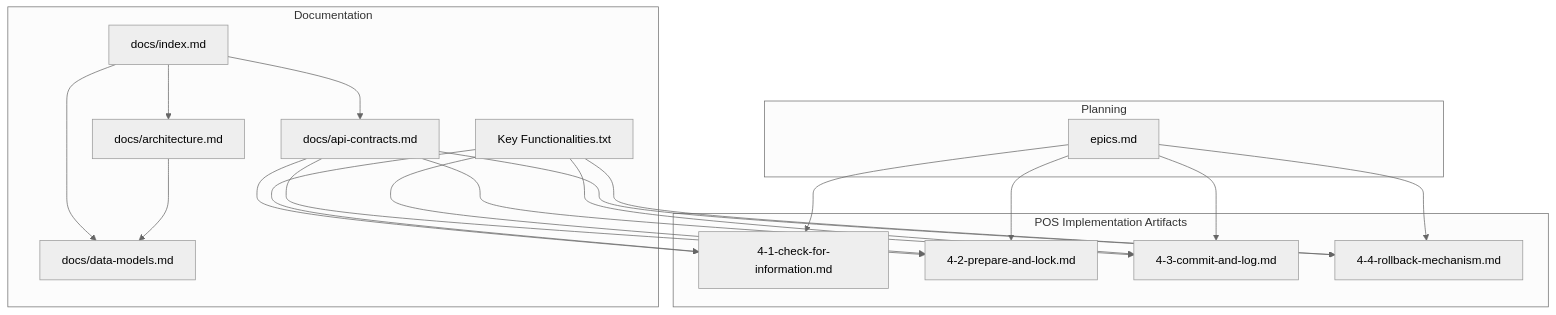
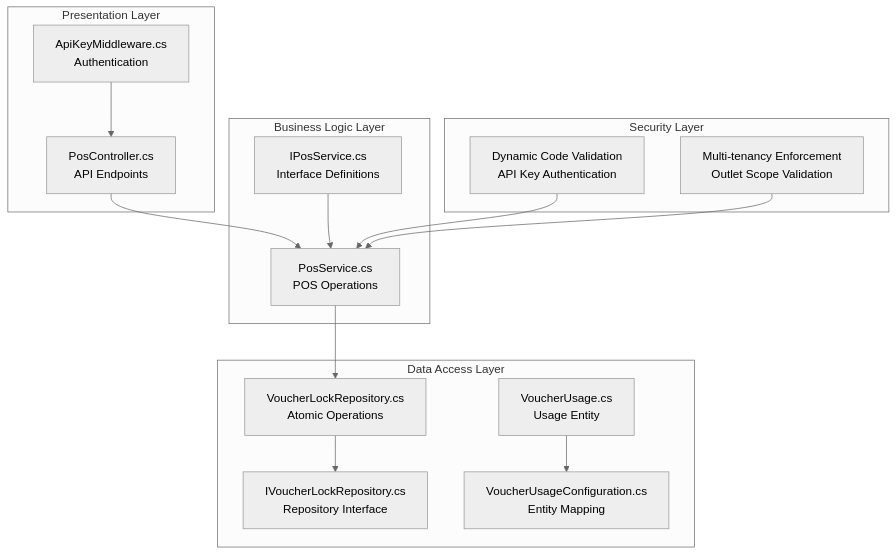
Before and after one commit to lamhongbac/NonCash: the first of 9 diagrams in .qoder/repowiki/en/content/Business Logic and Workflows/POS Redemption and Security Mechanisms.md, drawn with Mermaid (neutral theme). The commit also changed other lines of this file and 13 other files, not shown here.

````diff
--- a/.qoder/repowiki/en/content/Business Logic and Workflows/POS Redemption and Security Mechanisms.md
+++ b/.qoder/repowiki/en/content/Business Logic and Workflows/POS Redemption and Security Mechanisms.md
@@ -40,35 +52,29 @@
 ```mermaid
 graph TB
-subgraph "Documentation"
-A["docs/index.md"]
-B["docs/architecture.md"]
-C["docs/data-models.md"]
-D["docs/api-contracts.md"]
-E["Key Functionalities.txt"]
+subgraph "Presentation Layer"
+A["PosController.cs<br/>API Endpoints"]
+B["ApiKeyMiddleware.cs<br/>Authentication"]
 end
-subgraph "POS Implementation Artifacts"
-P1["4-1-check-for-information.md"]
-P2["4-2-prepare-and-lock.md"]
-P3["4-3-commit-and-log.md"]
-P4["4-4-rollback-mechanism.md"]
+subgraph "Business Logic Layer"
+C["PosService.cs<br/>POS Operations"]
+D["IPosService.cs<br/>Interface Definitions"]
 end
-subgraph "Planning"
-Q["epics.md"]
+subgraph "Data Access Layer"
+E["VoucherLockRepository.cs<br/>Atomic Operations"]
+F["IVoucherLockRepository.cs<br/>Repository Interface"]
+G["VoucherUsage.cs<br/>Usage Entity"]
+H["VoucherUsageConfiguration.cs<br/>Entity Mapping"]
 end
-A --> B
+subgraph "Security Layer"
+I["Dynamic Code Validation<br/>API Key Authentication"]
+J["Multi-tenancy Enforcement<br/>Outlet Scope Validation"]
+end
 A --> C
-A --> D
-B --> C
-D --> P1
-D --> P2
-D --> P3
-D --> P4
-E --> P1
-E --> P2
-E --> P3
-E --> P4
-Q --> P1
-Q --> P2
-Q --> P3
-Q --> P4
+B --> A
+C --> E
+D --> C
+E --> F
+G --> H
+I --> C
+J --> C
 ```
````
